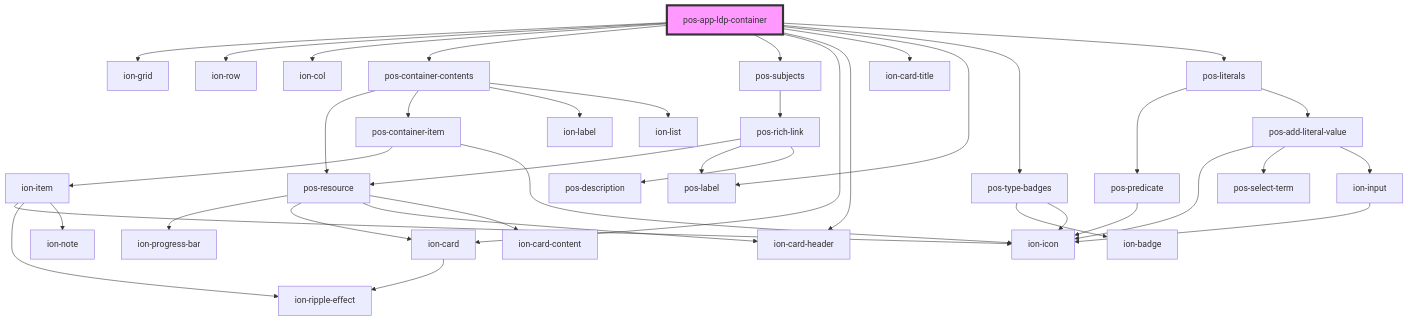
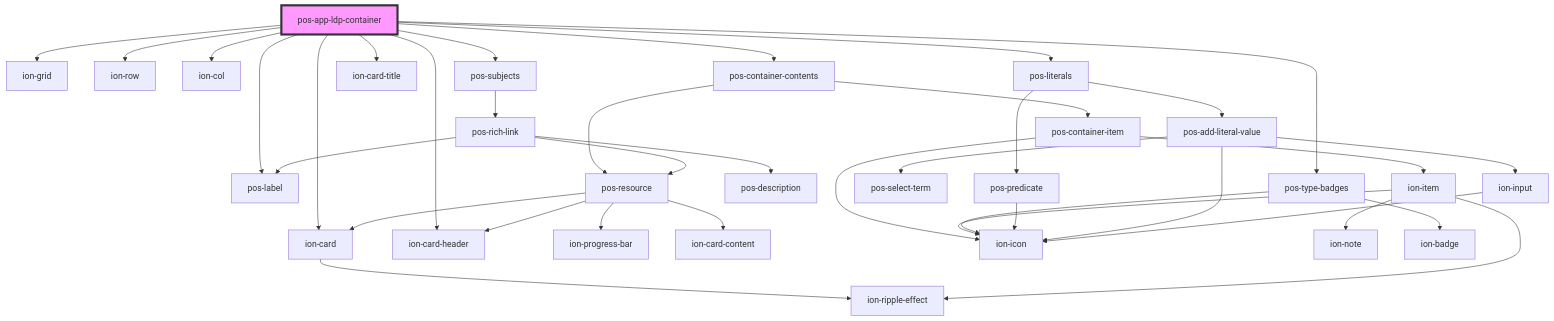
One commit to pod-os/PodOS changed the diagram in docs/elements/apps/pos-app-ldp-container/readme.md. Above: the diagram before and after it, drawn with Mermaid. The commit also changed 5 other files, not shown here.

````diff
--- a/docs/elements/apps/pos-app-ldp-container/readme.md
+++ b/docs/elements/apps/pos-app-ldp-container/readme.md
@@ -25,42 +25,40 @@
 ```mermaid
 graph TD;
   pos-app-ldp-container --> ion-grid
   pos-app-ldp-container --> ion-row
   pos-app-ldp-container --> ion-col
   pos-app-ldp-container --> pos-container-contents
   pos-app-ldp-container --> pos-subjects
   pos-app-ldp-container --> ion-card
   pos-app-ldp-container --> ion-card-header
   pos-app-ldp-container --> ion-card-title
   pos-app-ldp-container --> pos-label
   pos-app-ldp-container --> pos-type-badges
   pos-app-ldp-container --> pos-literals
   pos-container-contents --> pos-resource
   pos-container-contents --> pos-container-item
-  pos-container-contents --> ion-label
-  pos-container-contents --> ion-list
   pos-resource --> ion-progress-bar
   pos-resource --> ion-card
   pos-resource --> ion-card-header
   pos-resource --> ion-card-content
   ion-card --> ion-ripple-effect
   pos-container-item --> ion-item
   pos-container-item --> ion-icon
   ion-item --> ion-icon
   ion-item --> ion-ripple-effect
   ion-item --> ion-note
   pos-subjects --> pos-rich-link
   pos-rich-link --> pos-resource
   pos-rich-link --> pos-label
   pos-rich-link --> pos-description
   pos-type-badges --> ion-badge
   pos-type-badges --> ion-icon
   pos-literals --> pos-predicate
   pos-literals --> pos-add-literal-value
   pos-predicate --> ion-icon
   pos-add-literal-value --> ion-icon
   pos-add-literal-value --> pos-select-term
   pos-add-literal-value --> ion-input
   ion-input --> ion-icon
   style pos-app-ldp-container fill:#f9f,stroke:#333,stroke-width:4px
 ```
````
